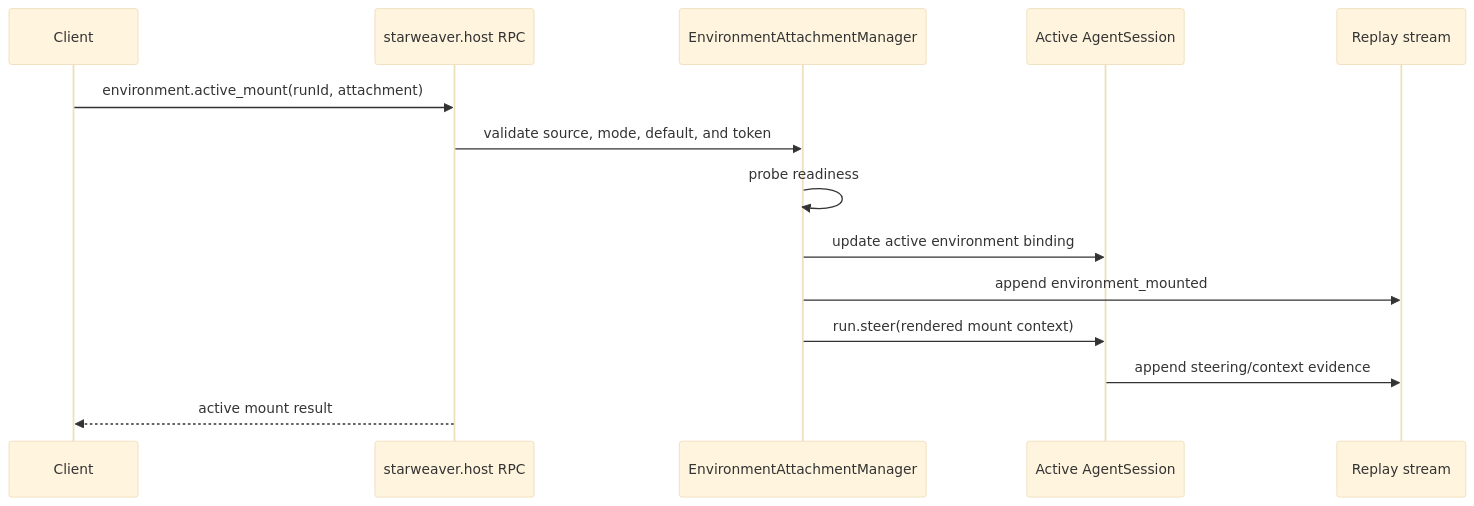
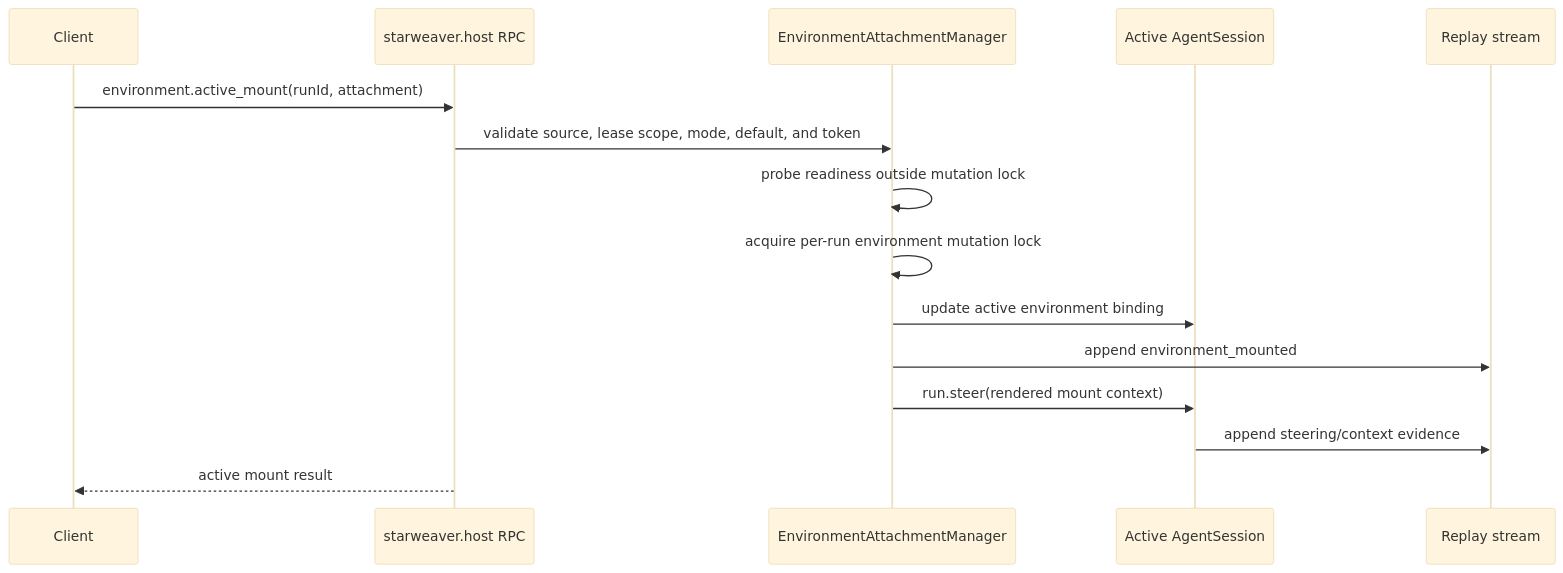
Before and after one commit to Wh1isper/starweaver: the fourth of 5 diagrams in spec/ops/06-json-rpc-host-protocol.md, drawn with Mermaid (base theme). The commit also changed other lines of this file and 11 other files, not shown here.

````diff
--- a/spec/ops/06-json-rpc-host-protocol.md
+++ b/spec/ops/06-json-rpc-host-protocol.md
@@ -1368,17 +1583,18 @@
 ```mermaid
 sequenceDiagram
     participant Client
     participant RPC as starweaver.host RPC
     participant Manager as EnvironmentAttachmentManager
     participant Runtime as Active AgentSession
     participant Stream as Replay stream
 
     Client->>RPC: environment.active_mount(runId, attachment)
-    RPC->>Manager: validate source, mode, default, and token
-    Manager->>Manager: probe readiness
+    RPC->>Manager: validate source, lease scope, mode, default, and token
+    Manager->>Manager: probe readiness outside mutation lock
+    Manager->>Manager: acquire per-run environment mutation lock
     Manager->>Runtime: update active environment binding
     Manager->>Stream: append environment_mounted
     Manager->>Runtime: run.steer(rendered mount context)
     Runtime->>Stream: append steering/context evidence
     RPC-->>Client: active mount result
 ```
````
